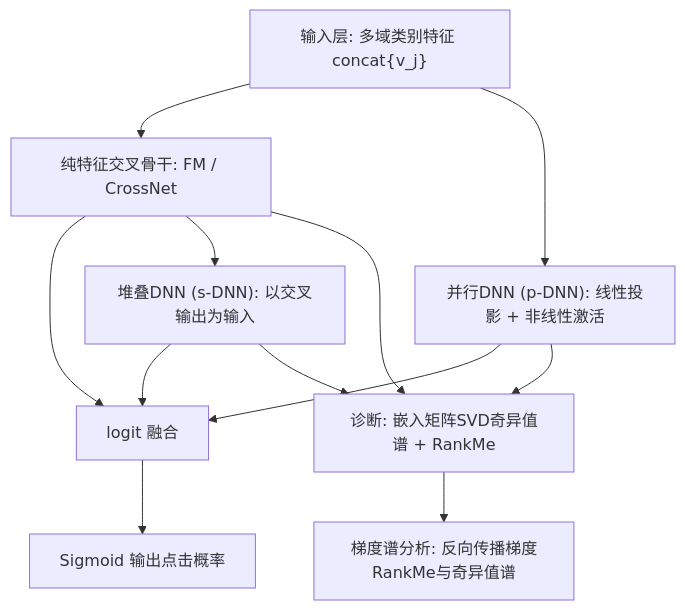
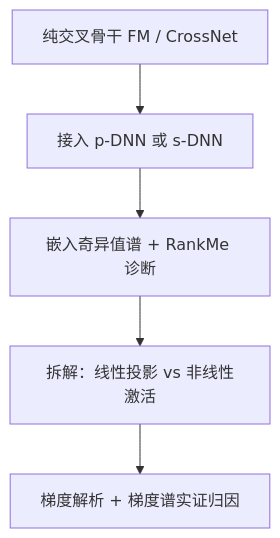
The diagram in docs/venues/SIGIR/2026/ctr_feature_interaction/understanding_dnns_in_feature_interaction_models_a_dimensional_collapse_per.md (jbdcia321vw/Paper-Notes), drawn with Mermaid before and after one commit. The commit also changed other lines of this file and 1119 other files, not shown here.

````diff
--- a/docs/venues/SIGIR/2026/ctr_feature_interaction/understanding_dnns_in_feature_interaction_models_a_dimensional_collapse_per.md
+++ b/docs/venues/SIGIR/2026/ctr_feature_interaction/understanding_dnns_in_feature_interaction_models_a_dimensional_collapse_per.md
@@ -56,14 +46,7 @@
 ```mermaid
 flowchart TD
-    A["输入层: 多域类别特征 concat{v_j}"] --> B["纯特征交叉骨干: FM / CrossNet"]
-    A --> C["并行DNN (p-DNN): 线性投影 + 非线性激活"]
-    B --> D["logit 融合"]
-    C --> D
-    B --> E["堆叠DNN (s-DNN): 以交叉输出为输入"]
-    E --> D
-    D --> F["Sigmoid 输出点击概率"]
-    B --> G["诊断: 嵌入矩阵SVD奇异值谱 + RankMe"]
-    C --> G
-    E --> G
-    G --> H["梯度谱分析: 反向传播梯度RankMe与奇异值谱"]
+    A["纯交叉骨干 FM / CrossNet"] --> B["接入 p-DNN 或 s-DNN"]
+    B --> C["嵌入奇异值谱 + RankMe 诊断"]
+    C --> D["拆解：线性投影 vs 非线性激活"]
+    D --> E["梯度解析 + 梯度谱实证归因"]
 ```
````
